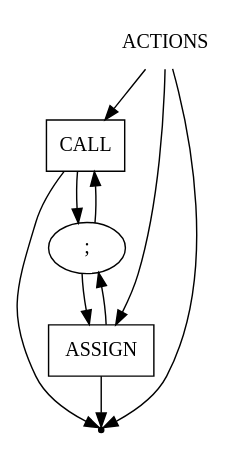
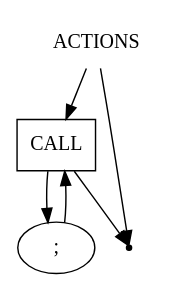
Before and after one commit to AnsKaz-yu/CIAO-V.3: the diagram in ciao_gv/actions.gv, drawn with Graphviz. The commit also changed 7 other files, not shown here.

```diff
--- a/ciao_gv/actions.gv
+++ b/ciao_gv/actions.gv
@@ -1,16 +1,11 @@
 digraph ACTIONS {
     start [label=ACTIONS shape=plaintext]
     A [label=CALL shape=box]
-    B [label=ASSIGN shape=box]
     C [label=";" shape=oval]
     end [label="" shape=point]
     start -> A
     start -> end
-    start -> B
     A -> C
-    B -> C
     C -> A
-    C -> B
     A -> end
-    B -> end
 }
```
